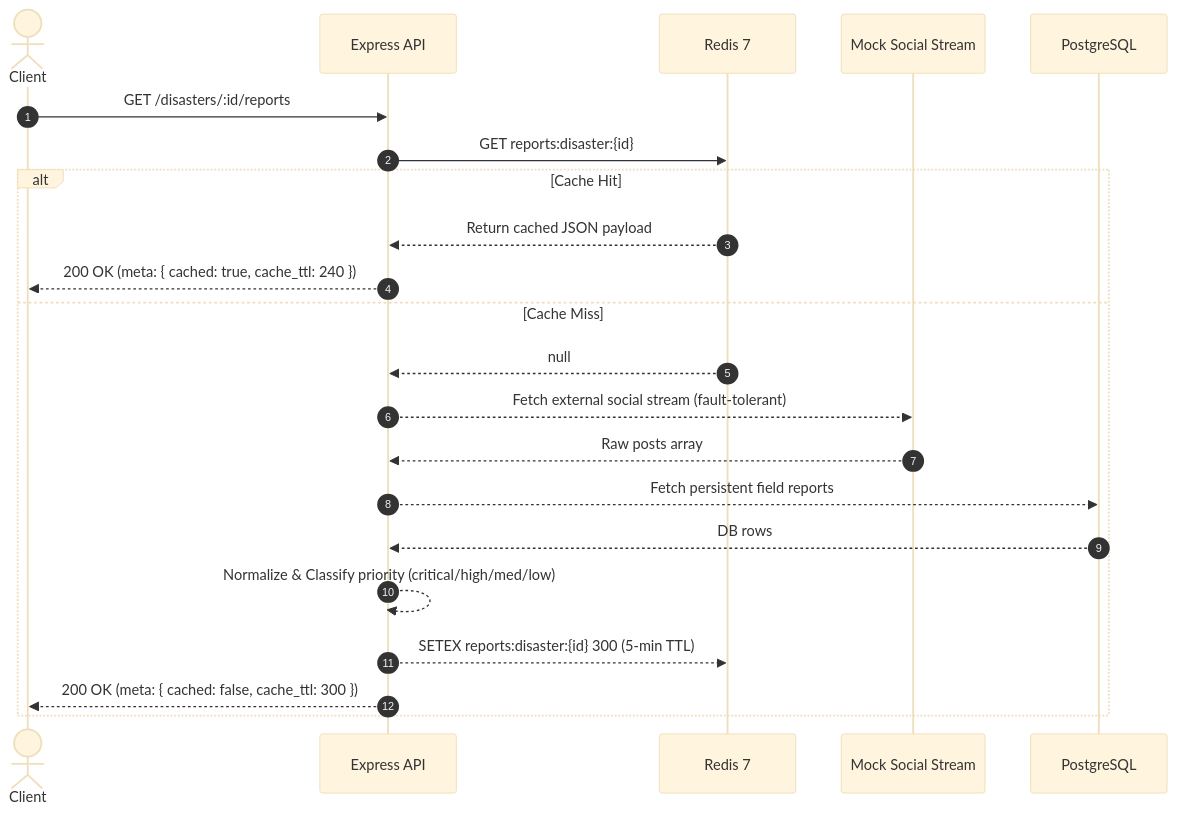
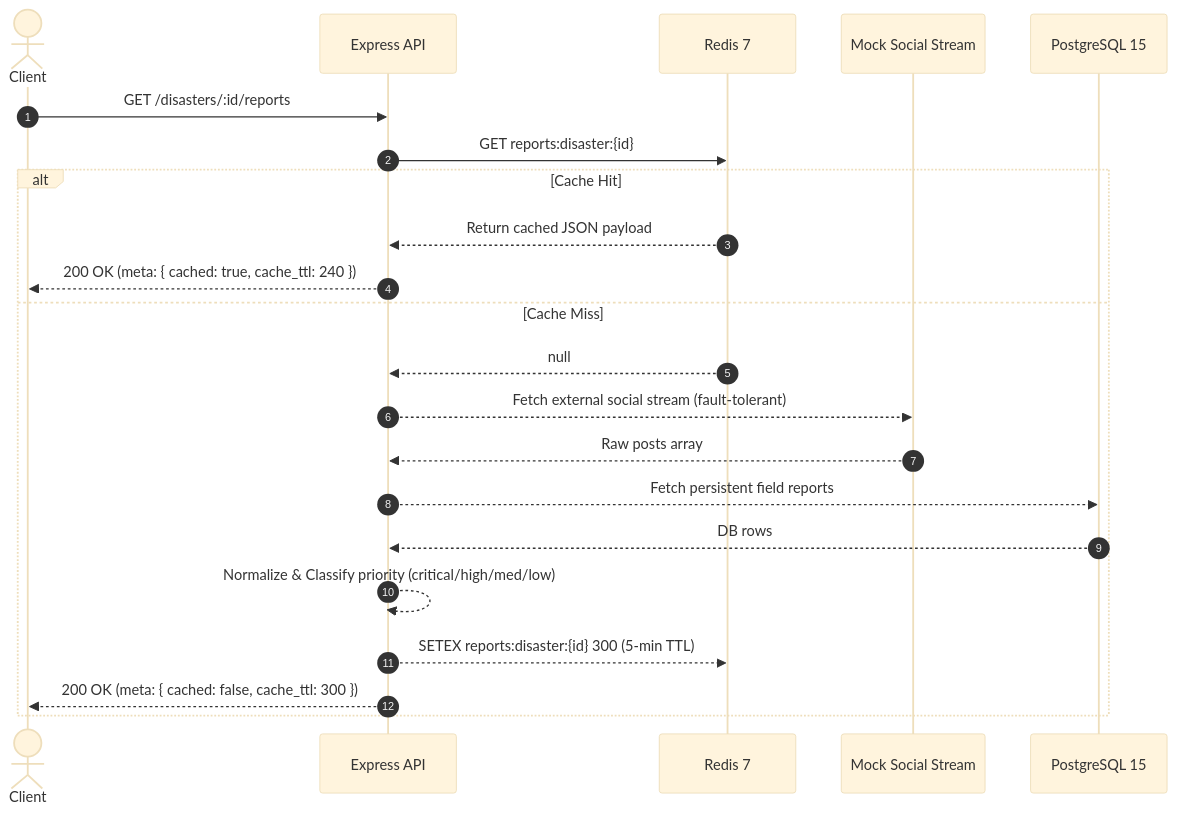
Before and after one commit to surajkumar11292/Santrionn_Project: the second of 2 diagrams in README.md, drawn with Mermaid (base theme). The commit also changed other lines of this file and 11 other files, not shown here.

Commit message:
docs: optimize architecture diagram and enhance tag/delete pill styling

````diff
--- a/README.md
+++ b/README.md
@@ -209,25 +227,25 @@
 ```mermaid
 sequenceDiagram
     autonumber
     actor Client
     participant API as Express API
     participant Cache as Redis 7
     participant Ext as Mock Social Stream
-    participant DB as PostgreSQL
+    participant DB as PostgreSQL 15
 
     Client->>API: GET /disasters/:id/reports
     API->>Cache: GET reports:disaster:{id}
     alt Cache Hit
         Cache-->>API: Return cached JSON payload
         API-->>Client: 200 OK (meta: { cached: true, cache_ttl: 240 })
     else Cache Miss
         Cache-->>API: null
         API-->>Ext: Fetch external social stream (fault-tolerant)
         Ext-->>API: Raw posts array
         API-->>DB: Fetch persistent field reports
         DB-->>API: DB rows
         API-->>API: Normalize & Classify priority (critical/high/med/low)
         API-->>Cache: SETEX reports:disaster:{id} 300 (5-min TTL)
         API-->>Client: 200 OK (meta: { cached: false, cache_ttl: 300 })
     end
 ```
````
